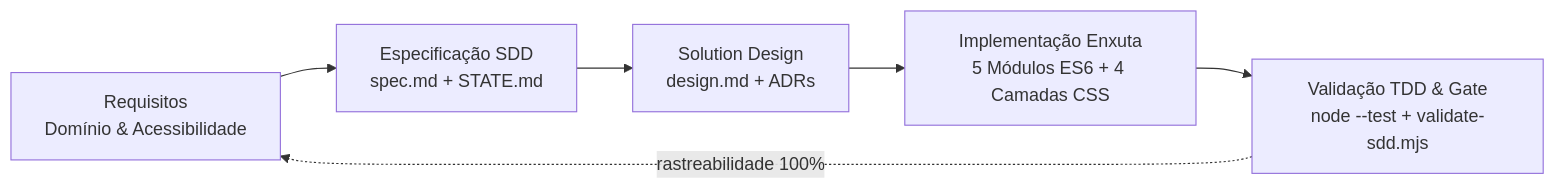
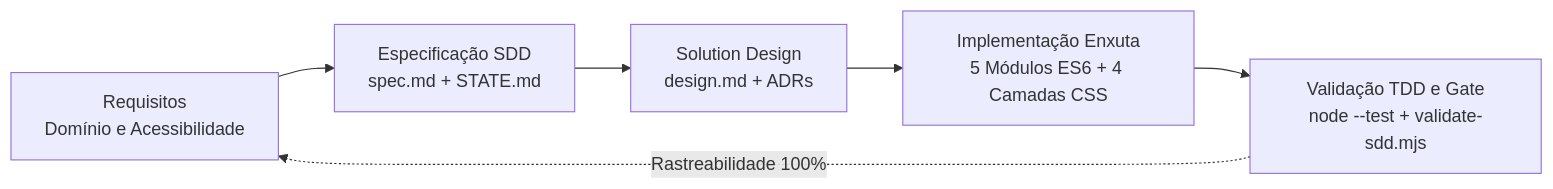
One commit to julianachavespalm/yvonne-mascarenhas changed the first of 2 diagrams in README.md. Above: the diagram before and after it, drawn with Mermaid. The commit also changed other lines of this file and 5 other files, not shown here.

````diff
--- a/README.md
+++ b/README.md
@@ -31,8 +33,8 @@
 ```mermaid
 flowchart LR
-    A[Requisitos<br/>Domínio & Acessibilidade] --> B[Especificação SDD<br/>spec.md + STATE.md]
-    B --> C[Solution Design<br/>design.md + ADRs]
-    C --> D[Implementação Enxuta<br/>5 Módulos ES6 + 4 Camadas CSS]
-    D --> E[Validação TDD & Gate<br/>node --test + validate-sdd.mjs]
-    E -.rastreabilidade 100%.-> A
+    A["Requisitos<br/>Domínio e Acessibilidade"] --> B["Especificação SDD<br/>spec.md + STATE.md"]
+    B --> C["Solution Design<br/>design.md + ADRs"]
+    C --> D["Implementação Enxuta<br/>5 Módulos ES6 + 4 Camadas CSS"]
+    D --> E["Validação TDD e Gate<br/>node --test + validate-sdd.mjs"]
+    E -.->|"Rastreabilidade 100%"| A
 ```
````
